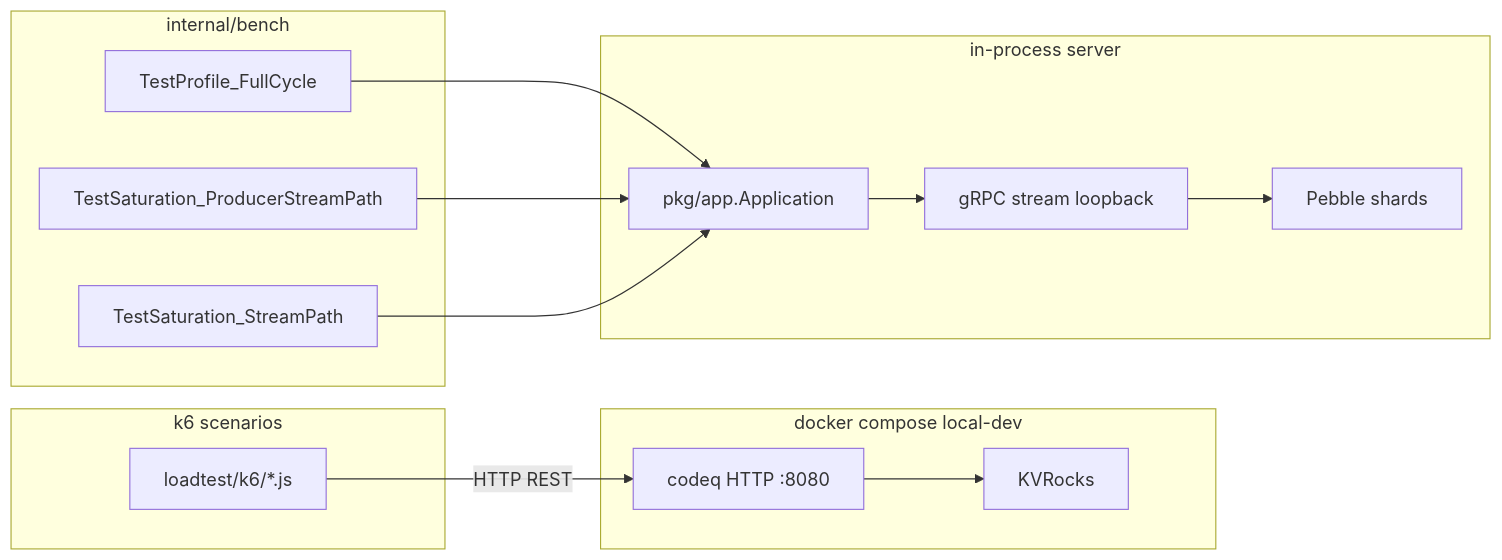
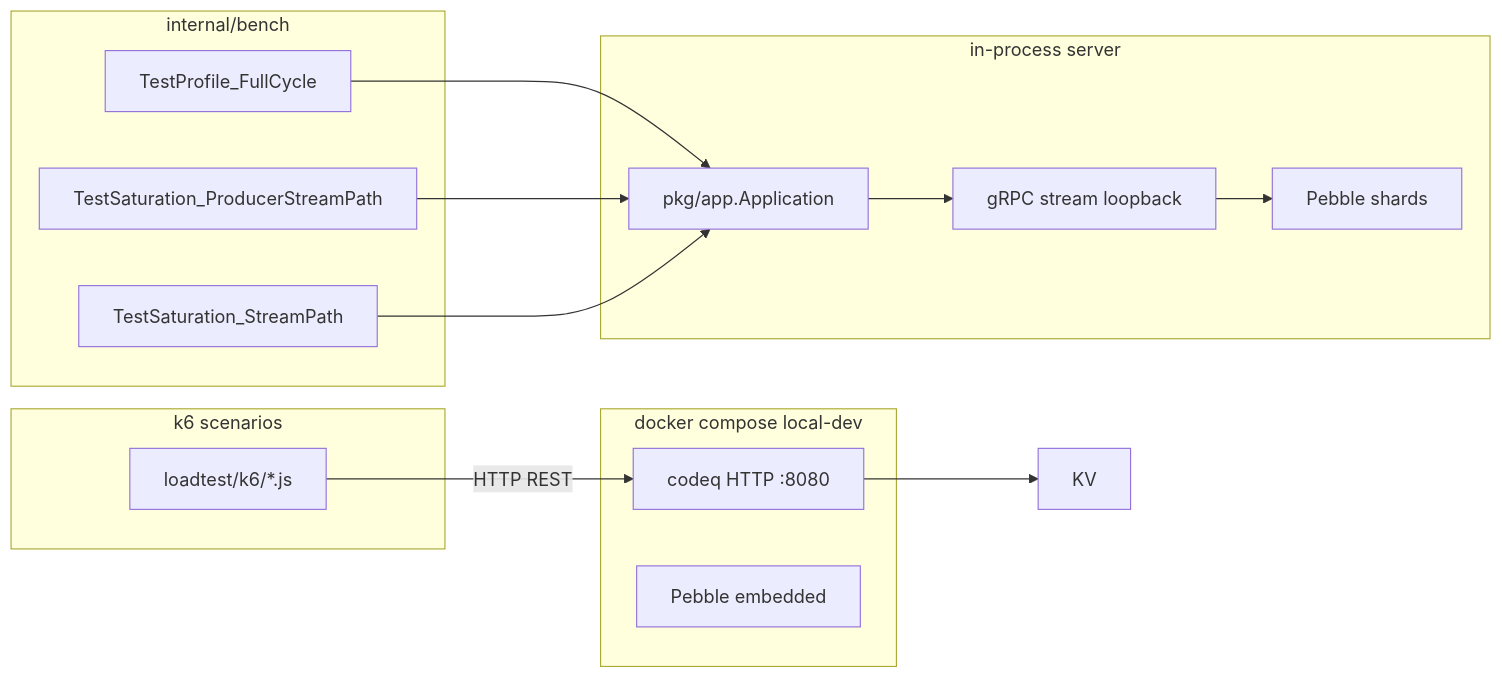
Before and after one commit to osvaldoandrade/codeq: the diagram in loadtest/README.md, drawn with Mermaid. The commit also changed 70 other files, not shown here.

````diff
--- a/loadtest/README.md
+++ b/loadtest/README.md
@@ -20,27 +20,27 @@
 ```mermaid
 graph LR
   subgraph k6[k6 scenarios]
     K6S[loadtest/k6/*.js]
   end
   subgraph Compose[docker compose local-dev]
     HTTP[codeq HTTP :8080]
-    KV[KVRocks]
+    PB[Pebble embedded]
   end
   subgraph GoBench[internal/bench]
     PROF[TestProfile_FullCycle]
     PSAT[TestSaturation_ProducerStreamPath]
     WSAT[TestSaturation_StreamPath]
   end
   subgraph InProc[in-process server]
     APP[pkg/app.Application]
     GRPC[gRPC stream loopback]
     PEB[Pebble shards]
   end
   K6S -->|HTTP REST| HTTP
   HTTP --> KV
   PROF --> APP
   PSAT --> APP
   WSAT --> APP
   APP --> GRPC
   GRPC --> PEB
 ```
````
